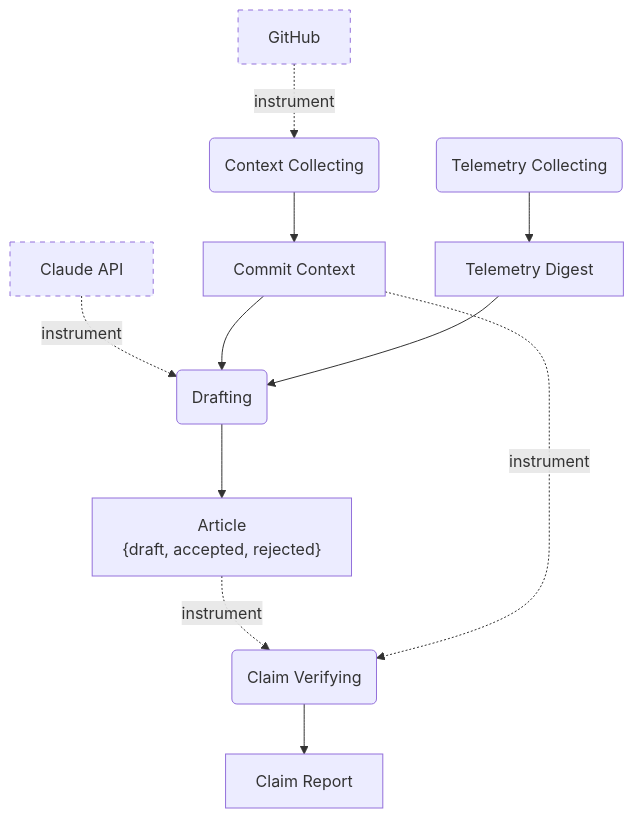
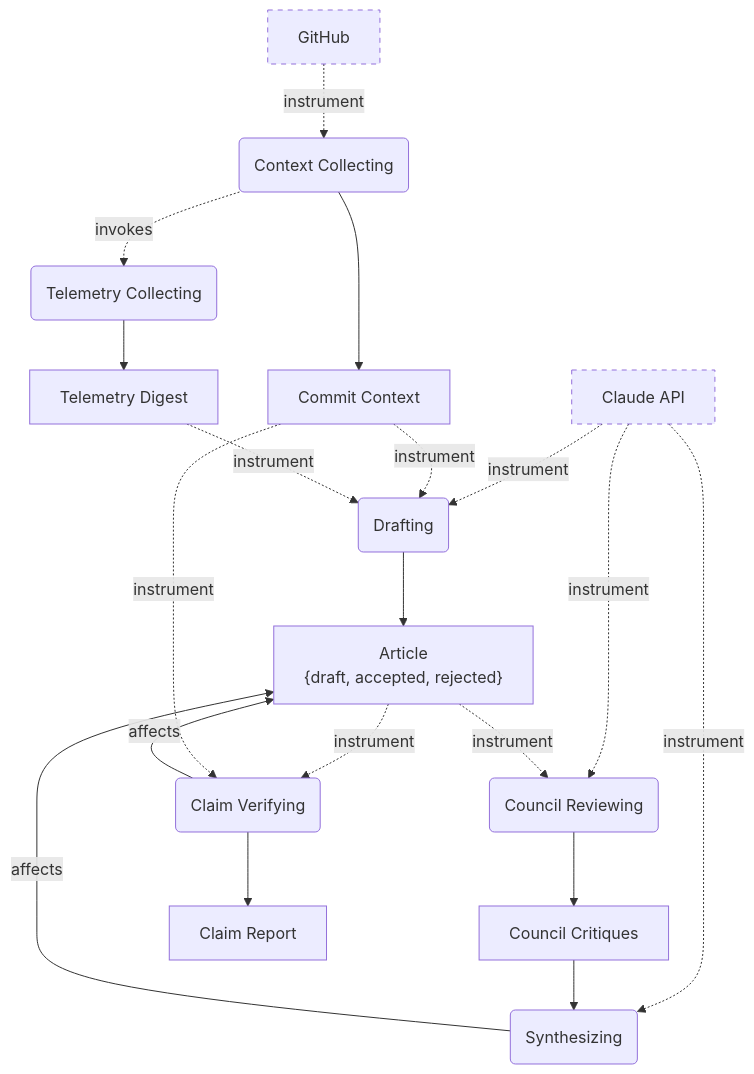
Before and after one commit to ojfbot/daily-logger: the second of 2 diagrams in opm/system.md, drawn with Mermaid. The commit also changed other lines of this file and 1 other file, not shown here.

First line of the commit message:
fix(opm): correct SD1.1 zoom per first /opm lint pass — Council phase restored

````diff
--- a/opm/system.md
+++ b/opm/system.md
@@ -43,28 +45,39 @@
 ```mermaid
 flowchart TD
   GitHub[GitHub]
   ClaudeAPI[Claude API]
   CommitContext[Commit Context]
   TelemetryDigest[Telemetry Digest]
   Article["Article<br/>{draft, accepted, rejected}"]
+  CouncilCritiques[Council Critiques]
   ClaimReport[Claim Report]
 
   ContextCollecting(Context Collecting)
   TelemetryCollecting(Telemetry Collecting)
   Drafting(Drafting)
+  CouncilReviewing(Council Reviewing)
+  Synthesizing(Synthesizing)
   ClaimVerifying(Claim Verifying)
 
   style GitHub stroke-dasharray: 5 5
   style ClaudeAPI stroke-dasharray: 5 5
 
   GitHub -. instrument .-> ContextCollecting
+  ContextCollecting -. invokes .-> TelemetryCollecting
   ContextCollecting --> CommitContext
   TelemetryCollecting --> TelemetryDigest
   ClaudeAPI -. instrument .-> Drafting
-  CommitContext --> Drafting
-  TelemetryDigest --> Drafting
+  CommitContext -. instrument .-> Drafting
+  TelemetryDigest -. instrument .-> Drafting
   Drafting --> Article
+  ClaudeAPI -. instrument .-> CouncilReviewing
+  Article -. instrument .-> CouncilReviewing
+  CouncilReviewing --> CouncilCritiques
+  ClaudeAPI -. instrument .-> Synthesizing
+  CouncilCritiques --> Synthesizing
+  Synthesizing -- affects --> Article
   Article -. instrument .-> ClaimVerifying
   CommitContext -. instrument .-> ClaimVerifying
   ClaimVerifying --> ClaimReport
+  ClaimVerifying -- affects --> Article
 ```
````
